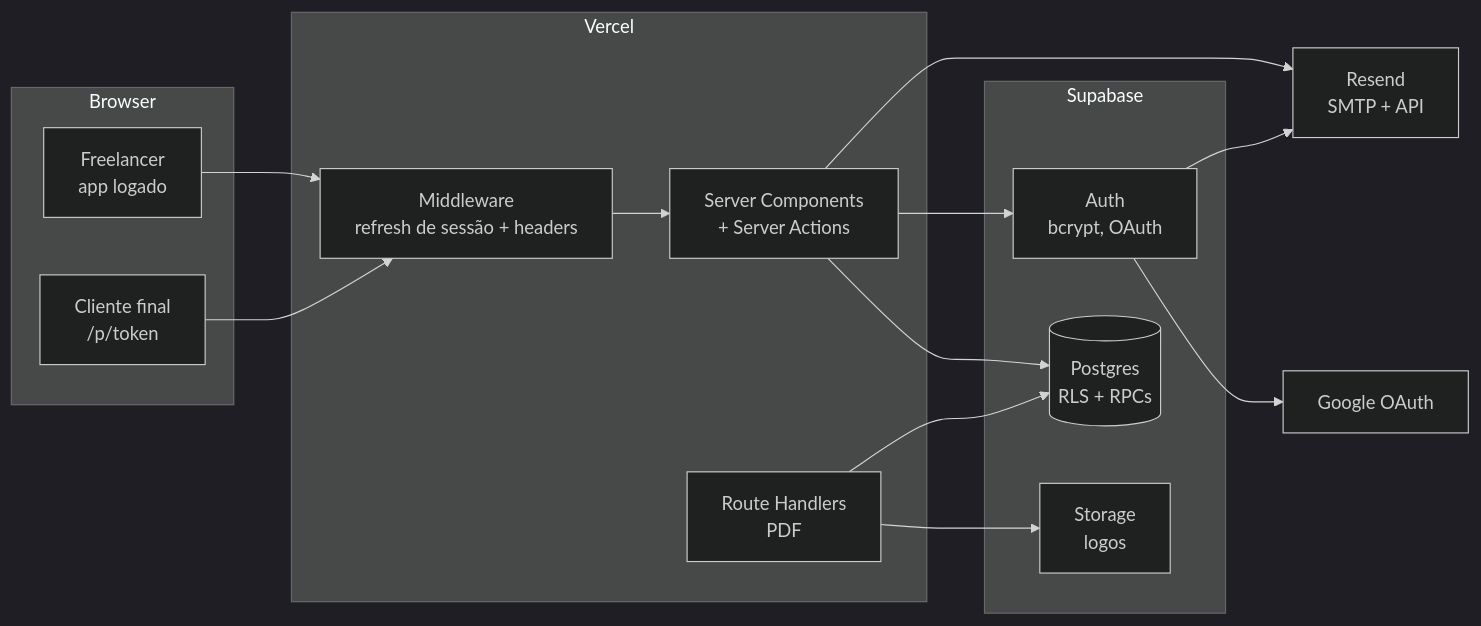
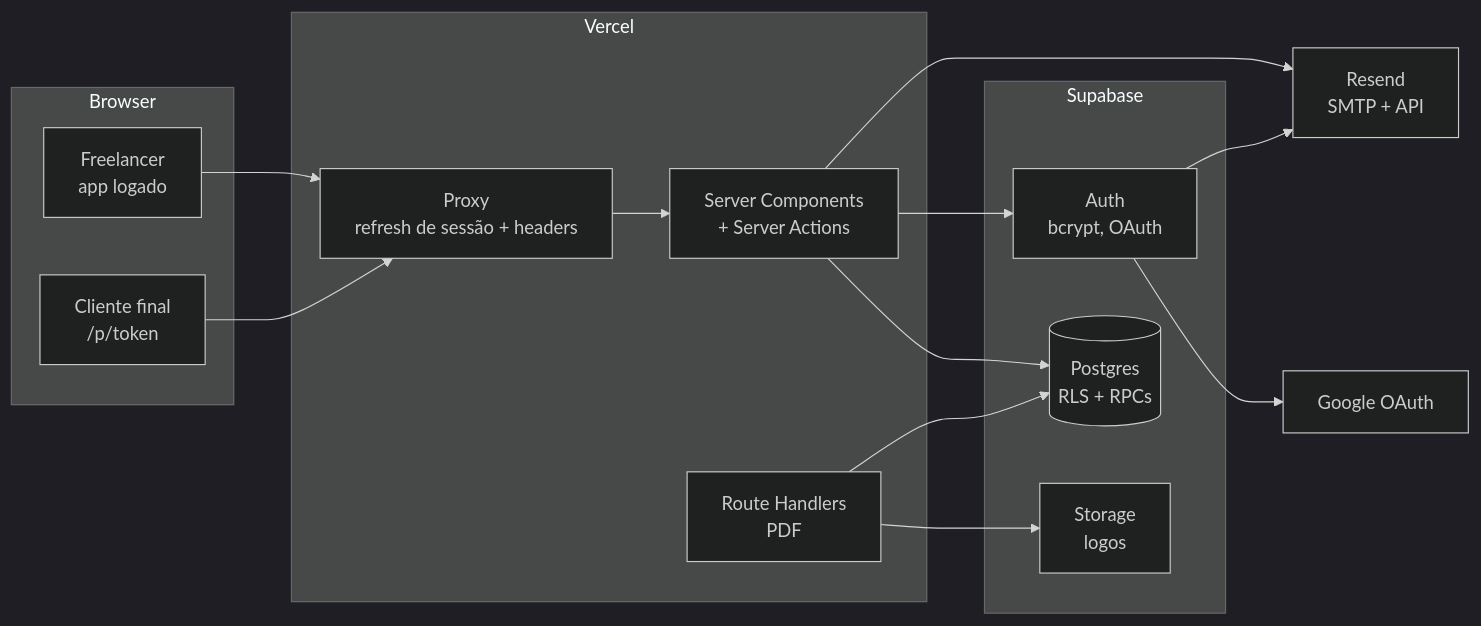
One commit to nbbrdev/orco changed the diagram in docs/04-arquitetura.md. Above: the diagram before and after it, drawn with Mermaid (dark theme). The commit also changed other lines of this file and 34 other files, not shown here.

````diff
--- a/docs/04-arquitetura.md
+++ b/docs/04-arquitetura.md
@@ -33,27 +33,27 @@
 ```mermaid
 flowchart LR
     subgraph Browser
       F[Freelancer<br/>app logado]
       C[Cliente final<br/>/p/token]
     end
     subgraph Vercel
-      MW[Middleware<br/>refresh de sessão + headers]
+      MW[Proxy<br/>refresh de sessão + headers]
       RSC[Server Components<br/>+ Server Actions]
       RH[Route Handlers<br/>PDF]
     end
     subgraph Supabase
       AUTH[Auth<br/>bcrypt, OAuth]
       DB[(Postgres<br/>RLS + RPCs)]
       ST[Storage<br/>logos]
     end
     RS[Resend<br/>SMTP + API]
     G[Google OAuth]
     F --> MW --> RSC --> DB
     C --> MW
     RSC --> AUTH
     RSC --> RS
     RH --> DB
     RH --> ST
     AUTH --> RS
     AUTH --> G
 ```
````
